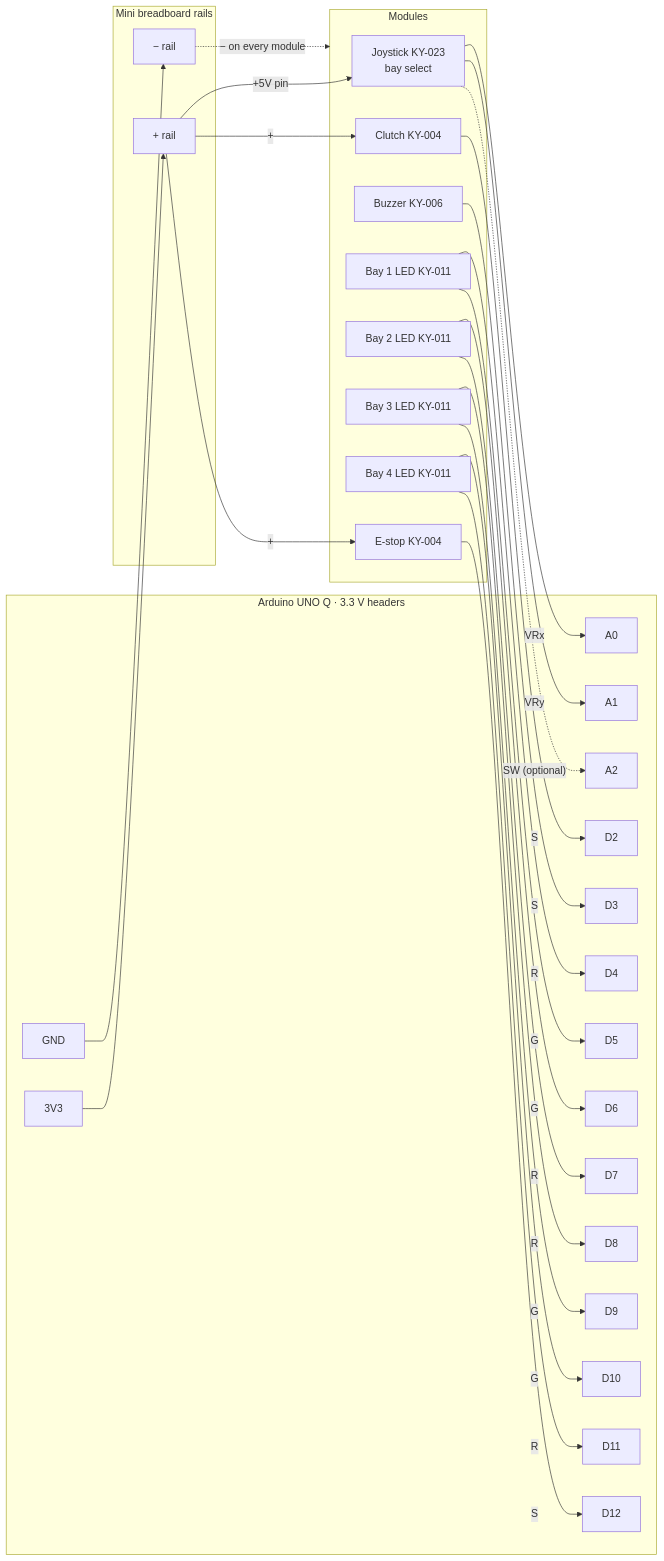
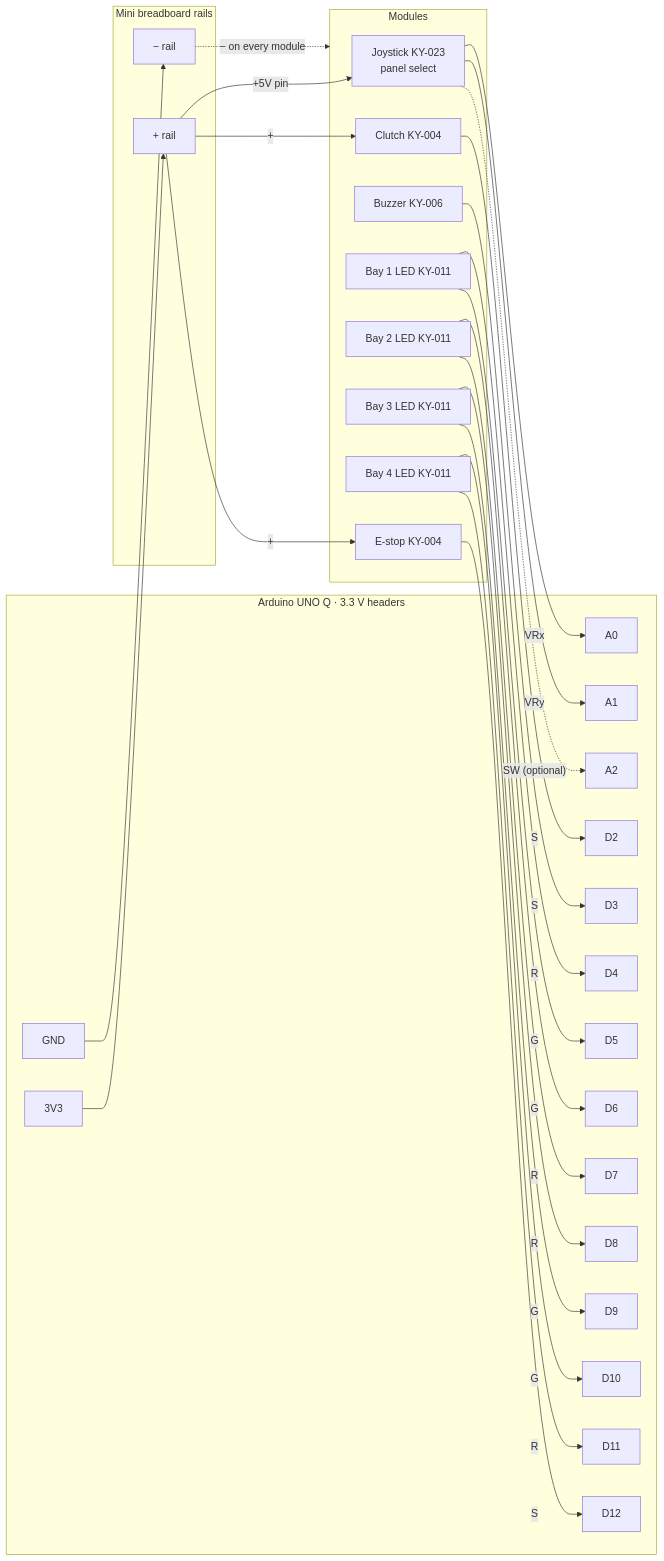
Before and after one commit to Mr-Moody/Dex-ET2: the diagram in docs/hardware/console/README.md, drawn with Mermaid. The commit also changed other lines of this file and 14 other files, not shown here.

````diff
--- a/docs/hardware/console/README.md
+++ b/docs/hardware/console/README.md
@@ -55,41 +55,41 @@
 ```mermaid
 flowchart LR
   subgraph MODS[Modules]
-    JOY["Joystick KY-023<br/>bay select"]
+    JOY["Joystick KY-023<br/>panel select"]
     CL["Clutch KY-004"]
     ES["E-stop KY-004"]
     BZ["Buzzer KY-006"]
     L1["Bay 1 LED KY-011"]
     L2["Bay 2 LED KY-011"]
     L3["Bay 3 LED KY-011"]
     L4["Bay 4 LED KY-011"]
   end
   subgraph UNO["Arduino UNO Q · 3.3 V headers"]
     A0; A1; A2; D2; D3; D4; D5; D6; D7; D8; D9; D10; D11; D12
     V33["3V3"]; G["GND"]
   end
   subgraph BB["Mini breadboard rails"]
     PR["+ rail"]
     NR["− rail"]
   end
   JOY -- VRx --> A0
   JOY -- VRy --> A1
   JOY -. "SW (optional)" .-> A2
   CL -- S --> D2
   ES -- S --> D12
   BZ -- S --> D3
   L1 -- R --> D4
   L1 -- G --> D5
   L2 -- G --> D6
   L2 -- R --> D7
   L3 -- R --> D8
   L3 -- G --> D9
   L4 -- G --> D10
   L4 -- R --> D11
   V33 --> PR
   G --> NR
   PR -- "+5V pin" --> JOY
   PR -- "+" --> CL
   PR -- "+" --> ES
   NR -. "− on every module" .-> MODS
 ```
````
